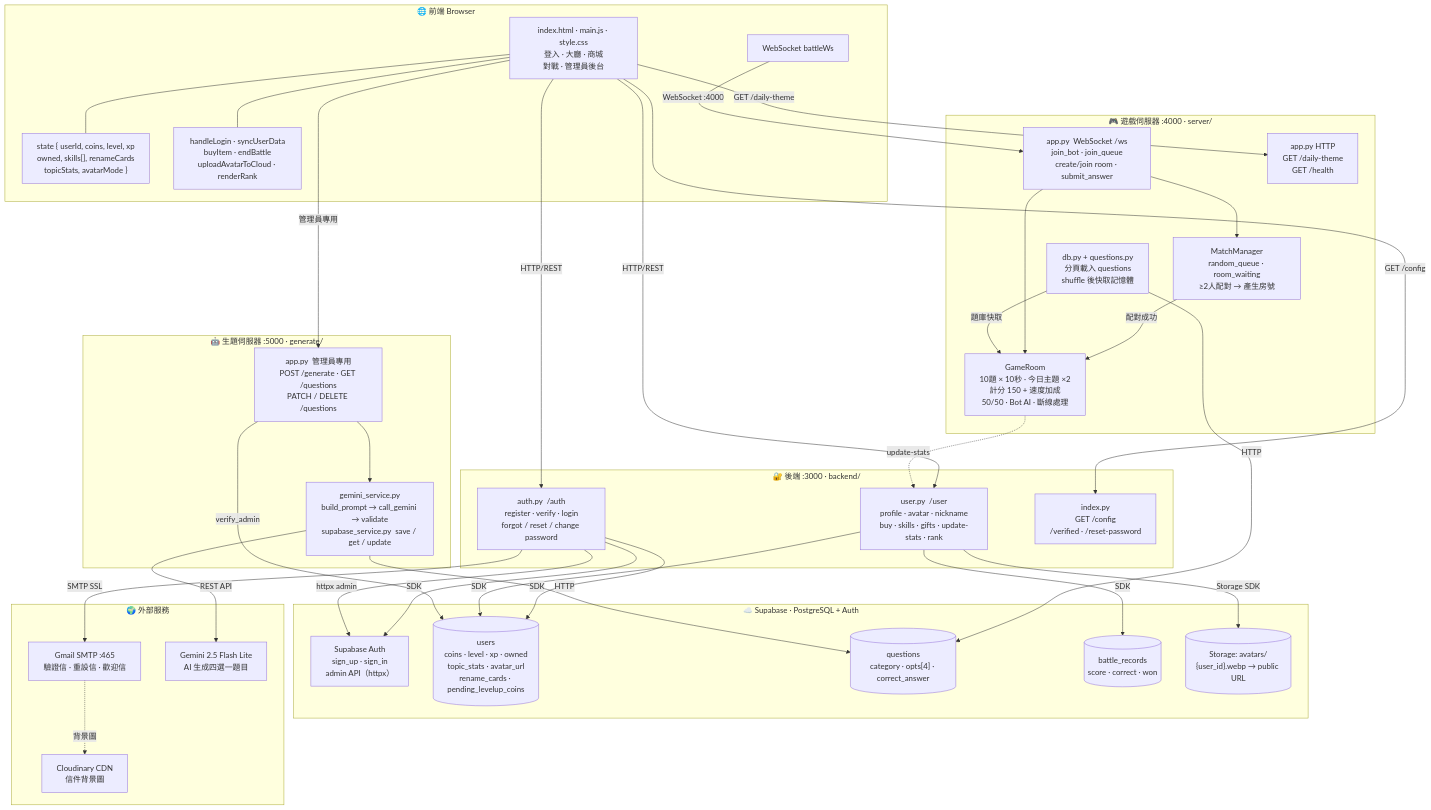
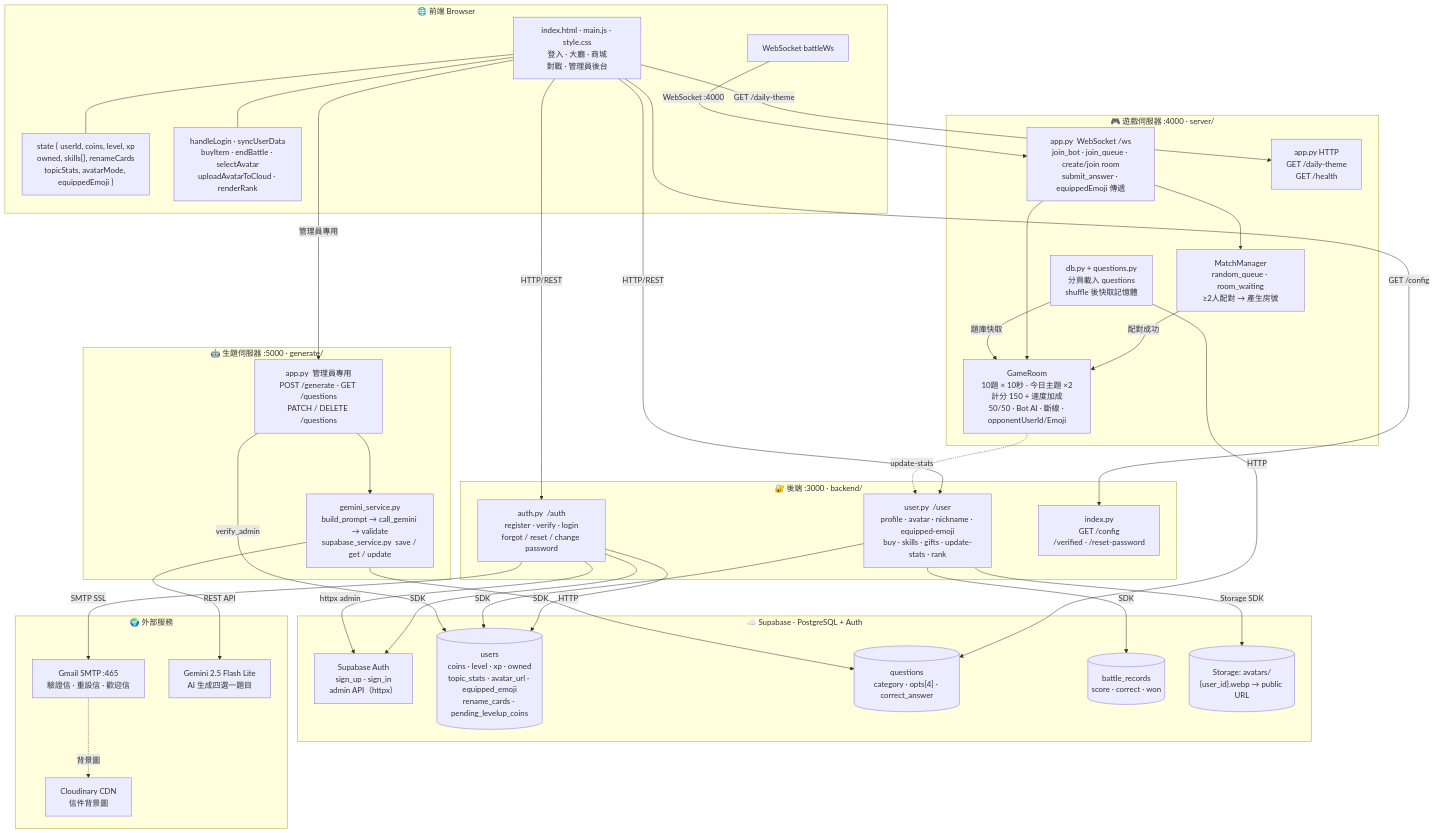
Before and after one commit to Raylee1012/King-of-knowledge: the diagram in README.md, drawn with Mermaid. The commit also changed other lines of this file and 6 other files, not shown here.

````diff
--- a/README.md
+++ b/README.md
@@ -610,73 +620,73 @@
 ```mermaid
 graph TD
     subgraph FE["🌐 前端 Browser"]
         FE_PAGE["index.html · main.js · style.css\n登入 · 大廳 · 商城\n對戰 · 管理員後台"]
-        FE_STATE["state { userId, coins, level, xp\nowned, skills[], renameCards\ntopicStats, avatarMode }"]
-        FE_FN["handleLogin · syncUserData\nbuyItem · endBattle\nuploadAvatarToCloud · renderRank"]
+        FE_STATE["state { userId, coins, level, xp\nowned, skills[], renameCards\ntopicStats, avatarMode, equippedEmoji }"]
+        FE_FN["handleLogin · syncUserData\nbuyItem · endBattle · selectAvatar\nuploadAvatarToCloud · renderRank"]
         FE_WS["WebSocket battleWs"]
     end
 
     subgraph BE["🔐 後端 :3000 · backend/"]
         BE_AUTH["auth.py  /auth\nregister · verify · login\nforgot / reset / change password"]
-        BE_USER["user.py  /user\nprofile · avatar · nickname\nbuy · skills · gifts · update-stats · rank"]
+        BE_USER["user.py  /user\nprofile · avatar · nickname · equipped-emoji\nbuy · skills · gifts · update-stats · rank"]
         BE_PAGES["index.py\nGET /config\n/verified · /reset-password"]
     end
 
     subgraph GS["🎮 遊戲伺服器 :4000 · server/"]
-        GS_WS["app.py  WebSocket /ws\njoin_bot · join_queue\ncreate/join room · submit_answer"]
+        GS_WS["app.py  WebSocket /ws\njoin_bot · join_queue · create/join room\nsubmit_answer · equippedEmoji 傳遞"]
         GS_HTTP["app.py  HTTP\nGET /daily-theme\nGET /health"]
         GS_MM["MatchManager\nrandom_queue · room_waiting\n≥2人配對 → 產生房號"]
-        GS_GR["GameRoom\n10題 × 10秒 · 今日主題 ×2\n計分 150 + 速度加成\n50/50 · Bot AI · 斷線處理"]
+        GS_GR["GameRoom\n10題 × 10秒 · 今日主題 ×2\n計分 150 + 速度加成\n50/50 · Bot AI · 斷線 · opponentUserId/Emoji"]
         GS_DB["db.py + questions.py\n分頁載入 questions\nshuffle 後快取記憶體"]
     end
 
     subgraph GEN["🤖 生題伺服器 :5000 · generate/"]
         GEN_API["app.py  管理員專用\nPOST /generate · GET /questions\nPATCH / DELETE /questions"]
         GEN_SVC["gemini_service.py\nbuild_prompt → call_gemini → validate\nsupabase_service.py  save / get / update"]
     end
 
     subgraph DB["☁️ Supabase · PostgreSQL + Auth"]
         DB_AUTH["Supabase Auth\nsign_up · sign_in\nadmin API（httpx）"]
-        DB_USERS[("users\ncoins · level · xp · owned\ntopic_stats · avatar_url\nrename_cards · pending_levelup_coins")]
+        DB_USERS[("users\ncoins · level · xp · owned\ntopic_stats · avatar_url · equipped_emoji\nrename_cards · pending_levelup_coins")]
         DB_Q[("questions\ncategory · opts[4] · correct_answer")]
         DB_BR[("battle_records\nscore · correct · won")]
         DB_ST[("Storage: avatars/\n{user_id}.webp → public URL")]
     end
 
     subgraph EXT["🌍 外部服務"]
         GMAIL["Gmail SMTP :465\n驗證信 · 重設信 · 歡迎信"]
         GEMINI["Gemini 2.5 Flash Lite\nAI 生成四選一題目"]
         CLOUDINARY["Cloudinary CDN\n信件背景圖"]
     end
 
     FE_PAGE --- FE_STATE
     FE_PAGE --- FE_FN
 
     FE_PAGE -->|"HTTP/REST"| BE_AUTH
     FE_PAGE -->|"HTTP/REST"| BE_USER
     FE_PAGE -->|"GET /config"| BE_PAGES
     FE_PAGE -->|"管理員專用"| GEN_API
     FE_WS -->|"WebSocket :4000"| GS_WS
     FE_PAGE -->|"GET /daily-theme"| GS_HTTP
 
     BE_AUTH -->|"SDK"| DB_AUTH
     BE_AUTH -->|"httpx admin"| DB_AUTH
     BE_AUTH -->|"SDK"| DB_USERS
     BE_USER -->|"SDK"| DB_USERS
     BE_USER -->|"SDK"| DB_BR
     BE_USER -->|"Storage SDK"| DB_ST
     BE_AUTH -->|"SMTP SSL"| GMAIL
     GMAIL -.->|"背景圖"| CLOUDINARY
 
     GS_WS --> GS_MM
     GS_MM -->|"配對成功"| GS_GR
     GS_WS --> GS_GR
     GS_DB -->|"題庫快取"| GS_GR
     GS_DB -->|"HTTP"| DB_Q
     GS_GR -.->|"update-stats"| BE_USER
 
     GEN_API --> GEN_SVC
     GEN_SVC -->|"REST API"| GEMINI
     GEN_SVC -->|"HTTP"| DB_Q
     GEN_API -->|"verify_admin"| DB_USERS
 ```
````
